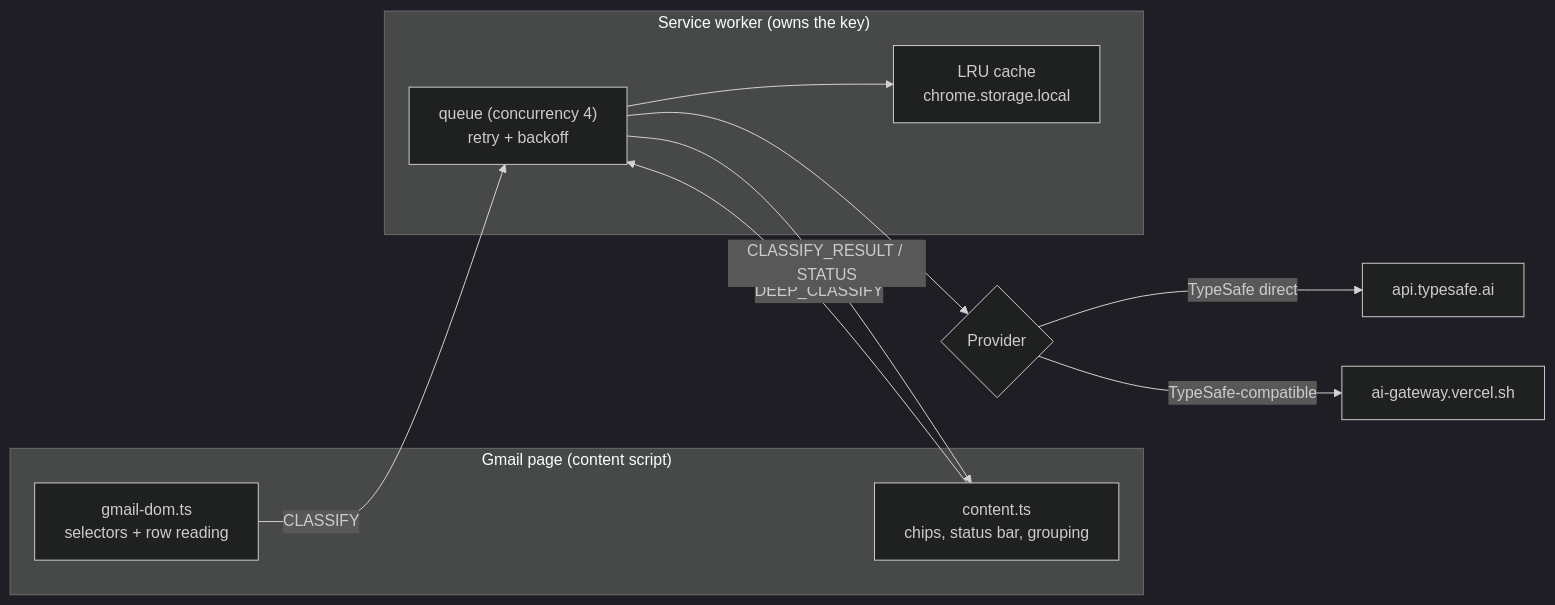
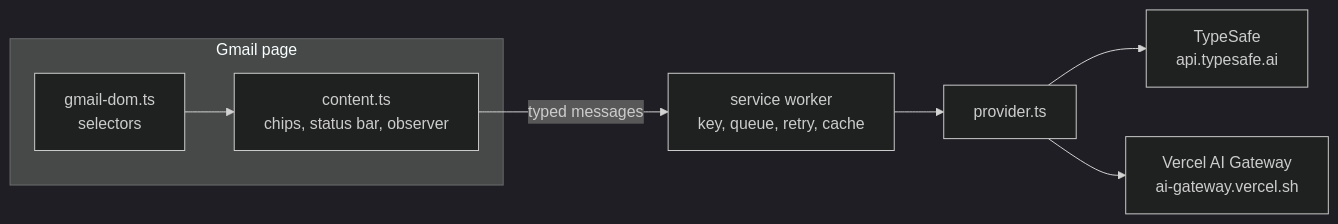
The diagram in README.md (AkashNaickar/jev-email-classifier), drawn with Mermaid (dark theme) before and after one commit. The commit also changed other lines of this file and 4 other files, not shown here.

````diff
--- a/README.md
+++ b/README.md
@@ -40,22 +66,10 @@
 ```mermaid
 flowchart LR
-  subgraph Page["Gmail page (content script)"]
-    DOM["gmail-dom.ts<br/>selectors + row reading"]
-    CHIPS["content.ts<br/>chips, status bar, grouping"]
+  subgraph Gmail["Gmail page"]
+    DOM["gmail-dom.ts<br/>selectors"] --> CS["content.ts<br/>chips, status bar, observer"]
   end
-
-  subgraph Worker["Service worker (owns the key)"]
-    Q["queue (concurrency 4)<br/>retry + backoff"]
-    C["LRU cache<br/>chrome.storage.local"]
-  end
-
-  P{"Provider"}
-
-  DOM -->|"CLASSIFY"| Q
-  CHIPS -->|"DEEP_CLASSIFY"| Q
-  Q --> C
-  Q --> P
-  P -->|TypeSafe direct| TS["api.typesafe.ai"]
-  P -->|TypeSafe-compatible| VG["ai-gateway.vercel.sh"]
-  Q -->|"CLASSIFY_RESULT / STATUS"| CHIPS
+  CS -- "typed messages" --> SW["service worker<br/>key, queue, retry, cache"]
+  SW --> P["provider.ts"]
+  P --> TS["TypeSafe<br/>api.typesafe.ai"]
+  P --> VG["Vercel AI Gateway<br/>ai-gateway.vercel.sh"]
 ```
````
